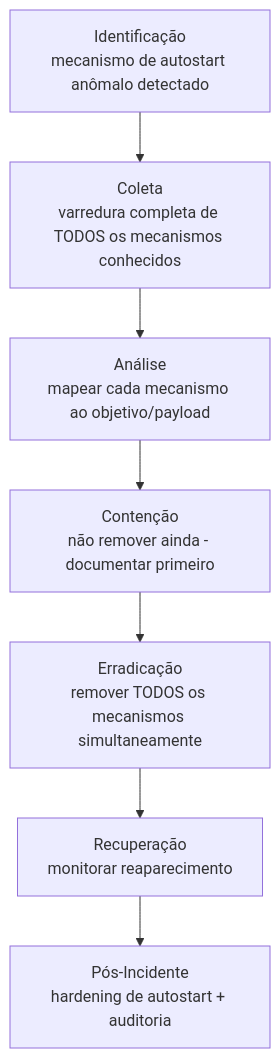
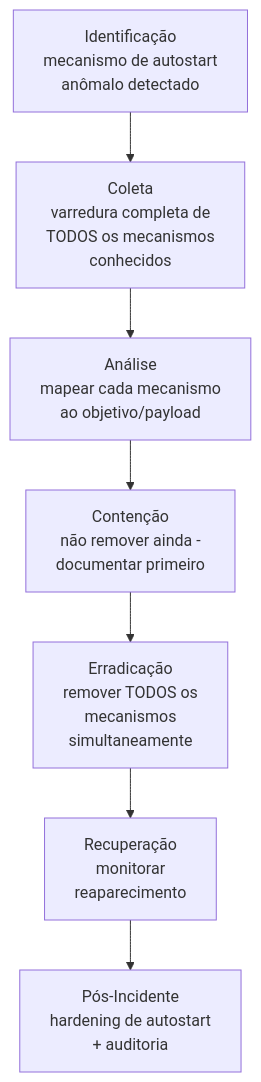
The diagram in Attack-Categories/Persistence/README.md (LuucasVerdun/Cyber-Attack-Analysis-Framework), drawn with Mermaid before and after one commit. The commit also changed 28 other files, not shown here.

````diff
--- a/Attack-Categories/Persistence/README.md
+++ b/Attack-Categories/Persistence/README.md
@@ -51,9 +51,9 @@
 ```mermaid
 flowchart TD
-    A[Identificação<br/>mecanismo de autostart anômalo detectado] --> B[Coleta<br/>varredura completa de TODOS os mecanismos conhecidos]
-    B --> C[Análise<br/>mapear cada mecanismo ao objetivo/payload]
-    C --> D[Contenção<br/>não remover ainda - documentar primeiro]
-    D --> E[Erradicação<br/>remover TODOS os mecanismos simultaneamente]
-    E --> F[Recuperação<br/>monitorar reaparecimento]
-    F --> G[Pós-Incidente<br/>hardening de autostart + auditoria]
+    A[Identificação<br/>mecanismo de autostart<br/>anômalo detectado] --> B[Coleta<br/>varredura completa de<br/>TODOS os mecanismos<br/>conhecidos]
+    B --> C[Análise<br/>mapear cada mecanismo<br/>ao objetivo/payload]
+    C --> D[Contenção<br/>não remover ainda -<br/>documentar primeiro]
+    D --> E[Erradicação<br/>remover TODOS os<br/>mecanismos<br/>simultaneamente]
+    E --> F[Recuperação<br/>monitorar<br/>reaparecimento]
+    F --> G[Pós-Incidente<br/>hardening de autostart<br/>+ auditoria]
 ```
````
